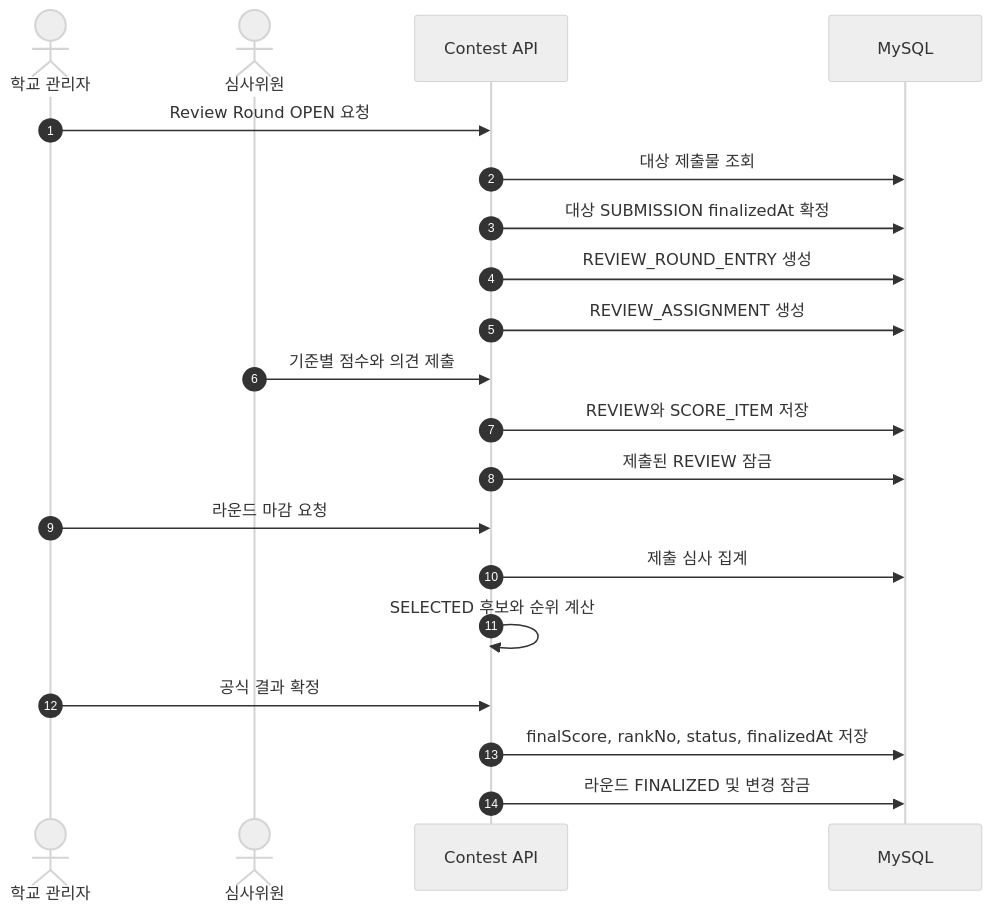
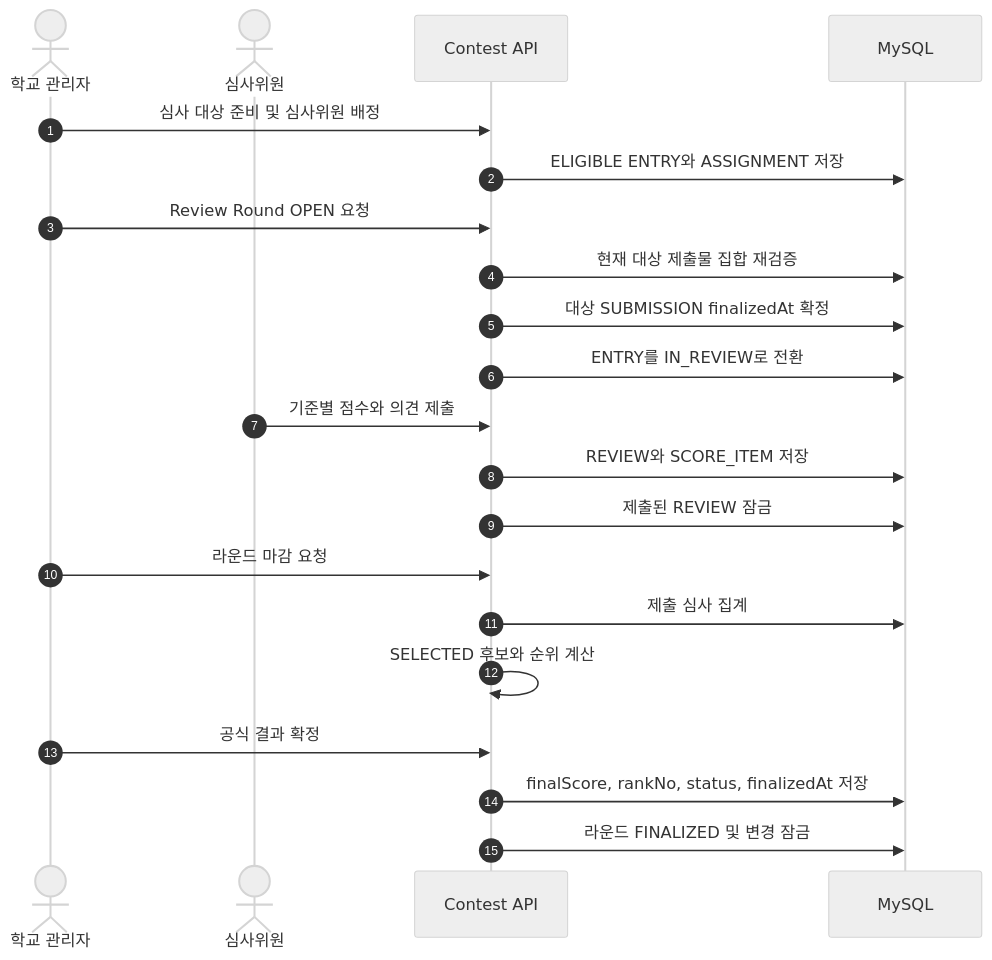
One commit to Tok-Baro/Trekkey_BackEnd changed the ninth of 22 diagrams in docs/architecture-diagrams.md. Above: the diagram before and after it, drawn with Mermaid (neutral theme). The commit also changed other lines of this file and 7 other files, not shown here.

````diff
--- a/docs/architecture-diagrams.md
+++ b/docs/architecture-diagrams.md
@@ -285,23 +286,24 @@
 ```mermaid
 sequenceDiagram
     autonumber
     actor Admin as 학교 관리자
     actor Judge as 심사위원
     participant API as Contest API
     participant DB as MySQL
 
+    Admin->>API: 심사 대상 준비 및 심사위원 배정
+    API->>DB: ELIGIBLE ENTRY와 ASSIGNMENT 저장
     Admin->>API: Review Round OPEN 요청
-    API->>DB: 대상 제출물 조회
+    API->>DB: 현재 대상 제출물 집합 재검증
     API->>DB: 대상 SUBMISSION finalizedAt 확정
-    API->>DB: REVIEW_ROUND_ENTRY 생성
-    API->>DB: REVIEW_ASSIGNMENT 생성
+    API->>DB: ENTRY를 IN_REVIEW로 전환
     Judge->>API: 기준별 점수와 의견 제출
     API->>DB: REVIEW와 SCORE_ITEM 저장
     API->>DB: 제출된 REVIEW 잠금
     Admin->>API: 라운드 마감 요청
     API->>DB: 제출 심사 집계
     API->>API: SELECTED 후보와 순위 계산
     Admin->>API: 공식 결과 확정
     API->>DB: finalScore, rankNo, status, finalizedAt 저장
     API->>DB: 라운드 FINALIZED 및 변경 잠금
 ```
````
